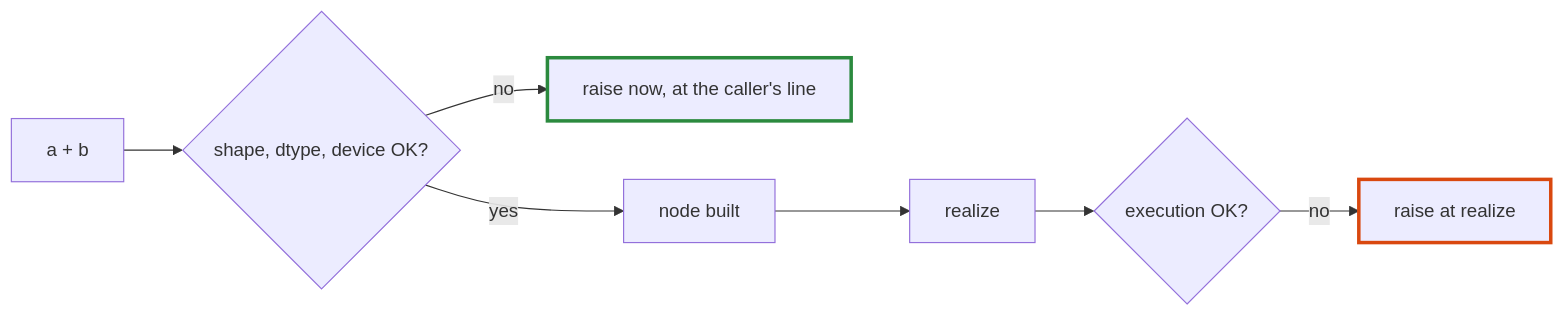
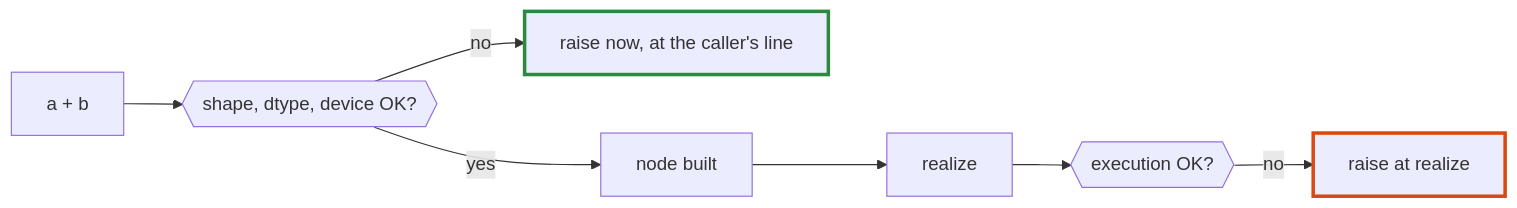
Before and after one commit to nogginly/tensomite.cr: the ninth of 9 diagrams in DESIGN.md, drawn with Mermaid. The commit also changed other lines of this file and 1 other file, not shown here.

Commit message:
Format tables and use `{{cond}}` for conditions in flow diagrams

````diff
--- a/DESIGN.md
+++ b/DESIGN.md
@@ -229,11 +229,11 @@
 ```mermaid
 flowchart LR
-    Call["a + b"] --> Check{"shape, dtype, device OK?"}
+    Call["a + b"] --> Check{{"shape, dtype, device OK?"}}
     Check -- no --> Err["raise now, at the caller's line"]
     Check -- yes --> Node["node built"]
     Node --> Real["realize"]
-    Real --> Exec{"execution OK?"}
+    Real --> Exec{{"execution OK?"}}
     Exec -- no --> Late["raise at realize"]
     style Err stroke:#2b8a3e,stroke-width:3px
     style Late stroke:#d9480f,stroke-width:3px
 ```
````
